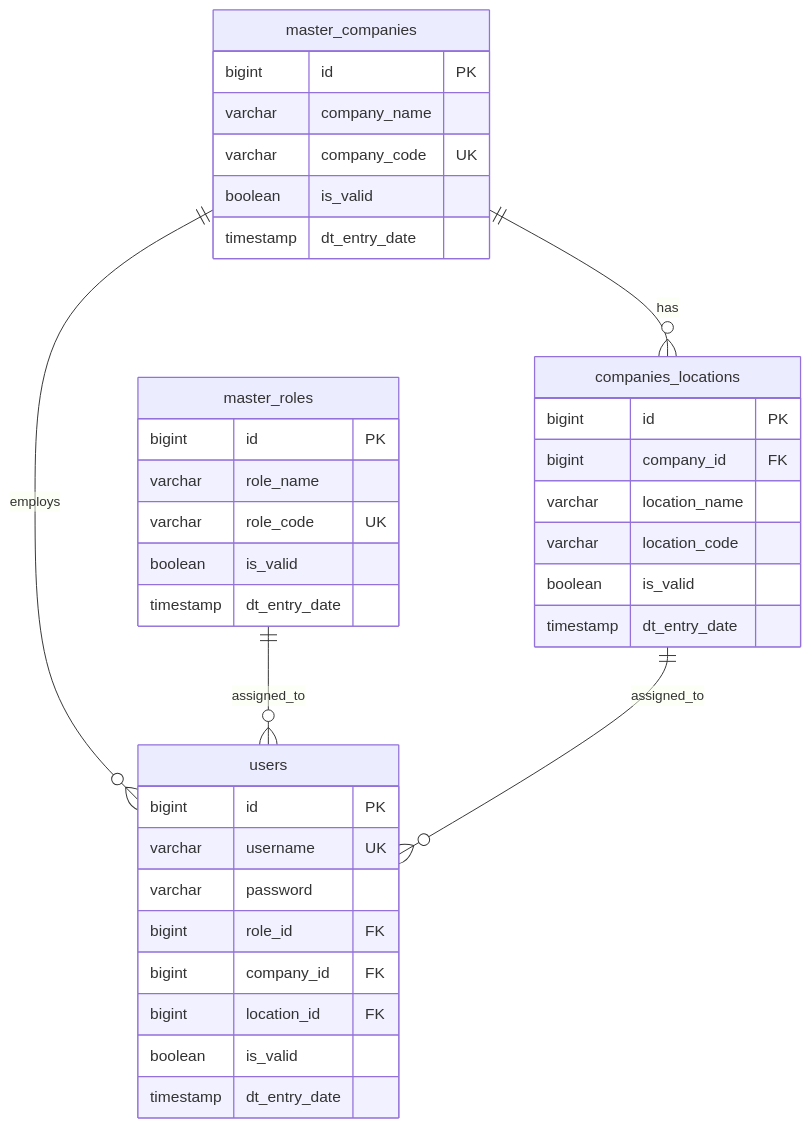
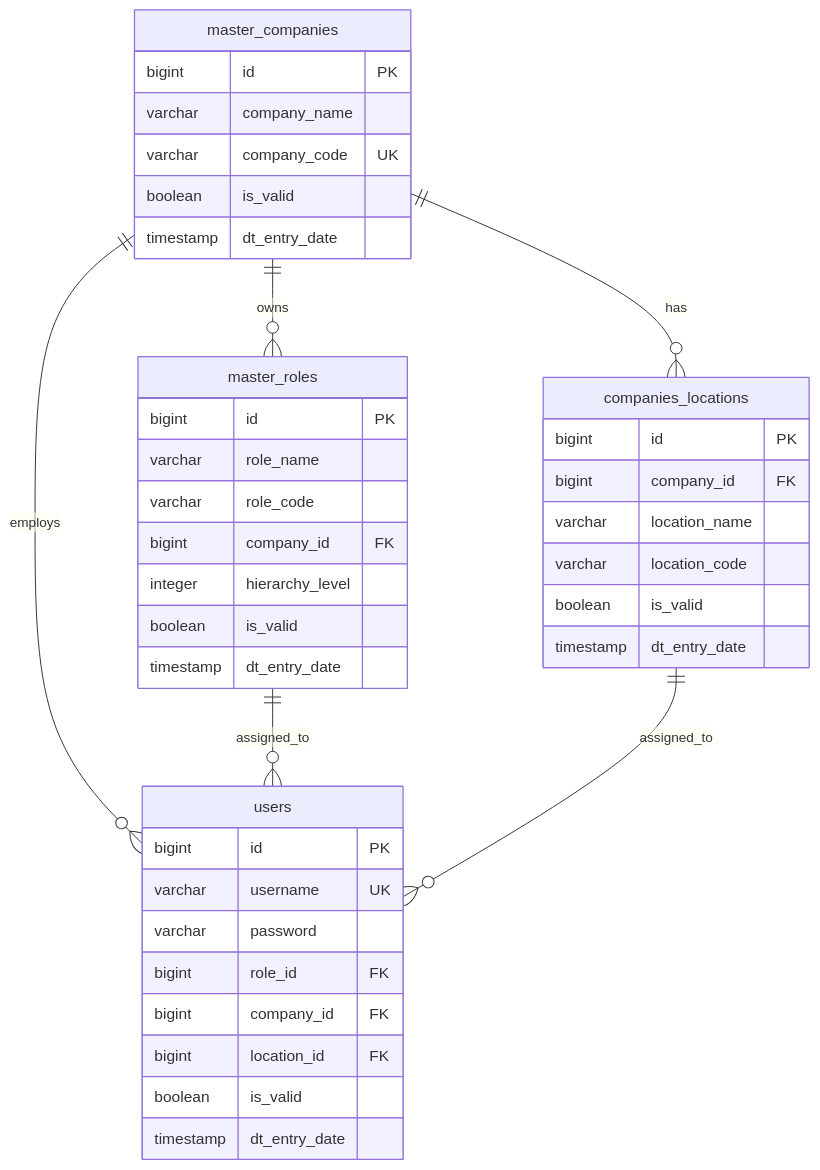
Before and after one commit to govindrajingle/emplence-backend: the diagram in DATABASE_DESIGN.md, drawn with Mermaid. The commit also changed other lines of this file and 3 other files, not shown here.

Commit message:
docs: document sub-admin login, tenant isolation and role hierarchy

````diff
--- a/DATABASE_DESIGN.md
+++ b/DATABASE_DESIGN.md
@@ -182,43 +192,46 @@
 ```mermaid
 erDiagram
     master_companies ||--o{ companies_locations : has
     master_companies ||--o{ users : employs
+    master_companies ||--o{ master_roles : owns
     master_roles ||--o{ users : assigned_to
     companies_locations ||--o{ users : assigned_to
 
     master_companies {
         bigint id PK
         varchar company_name
         varchar company_code UK
         boolean is_valid
         timestamp dt_entry_date
     }
 
     master_roles {
         bigint id PK
         varchar role_name
-        varchar role_code UK
+        varchar role_code
+        bigint company_id FK
+        integer hierarchy_level
         boolean is_valid
         timestamp dt_entry_date
     }
 
     companies_locations {
         bigint id PK
         bigint company_id FK
         varchar location_name
         varchar location_code
         boolean is_valid
         timestamp dt_entry_date
     }
 
     users {
         bigint id PK
         varchar username UK
         varchar password
         bigint role_id FK
         bigint company_id FK
         bigint location_id FK
         boolean is_valid
         timestamp dt_entry_date
     }
 ```
````
